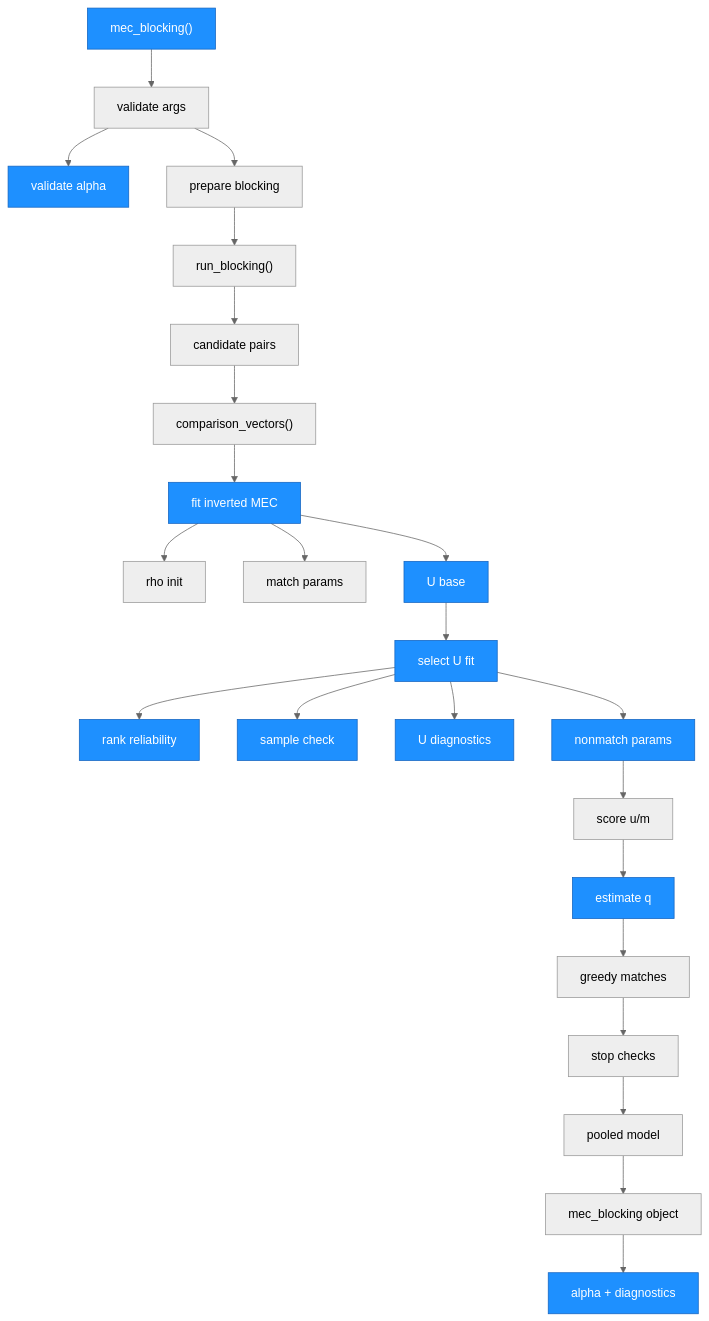
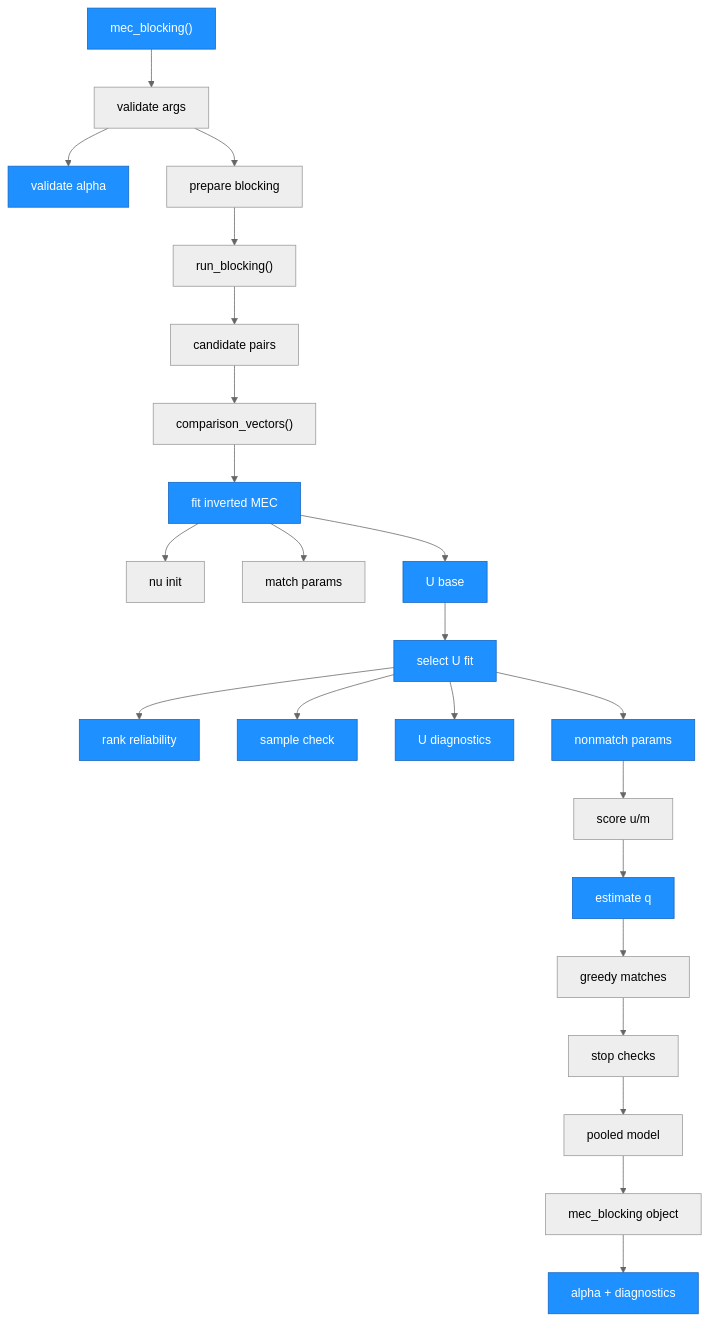
One commit to ncn-foreigners/automatedRecLin changed the second of 3 diagrams in ARCHITECTURE.md. Above: the diagram before and after it, drawn with Mermaid. The commit also changed other lines of this file and 7 other files, not shown here.

````diff
--- a/ARCHITECTURE.md
+++ b/ARCHITECTURE.md
@@ -112,39 +112,39 @@
 ```mermaid
 %%{init: {'theme': 'neutral'}}%%
 graph TD
     MB["mec_blocking()"]
     MB --> VAL["validate args"]
     VAL --> VALA["validate alpha"]
     VAL --> BLOCKIN["prepare blocking"]
     BLOCKIN --> RUNB["run_blocking()"]
     RUNB --> PAIRS["candidate pairs"]
     PAIRS --> CVF["comparison_vectors()"]
     CVF --> FITINV["fit inverted MEC"]
-    FITINV --> INIT["rho init"]
+    FITINV --> INIT["nu init"]
     FITINV --> MP["match params"]
     FITINV --> BASE["U base"]
     BASE --> USEL["select U fit"]
     USEL --> RANK["rank reliability"]
     USEL --> SUFF["sample check"]
     USEL --> UDIAG["U diagnostics"]
     USEL --> UP["nonmatch params"]
     UP --> SC["score u/m"]
     SC --> QEST["estimate q"]
     QEST --> SELM["greedy matches"]
     SELM --> STOP["stop checks"]
     STOP --> MODEL["pooled model"]
     MODEL --> RET["mec_blocking object"]
     RET --> DOCRET["alpha + diagnostics"]
 
     style MB fill:#1e90ff,stroke:#1565c0,color:#fff
     style VALA fill:#1e90ff,stroke:#1565c0,color:#fff
     style FITINV fill:#1e90ff,stroke:#1565c0,color:#fff
     style BASE fill:#1e90ff,stroke:#1565c0,color:#fff
     style USEL fill:#1e90ff,stroke:#1565c0,color:#fff
     style RANK fill:#1e90ff,stroke:#1565c0,color:#fff
     style SUFF fill:#1e90ff,stroke:#1565c0,color:#fff
     style UDIAG fill:#1e90ff,stroke:#1565c0,color:#fff
     style UP fill:#1e90ff,stroke:#1565c0,color:#fff
     style QEST fill:#1e90ff,stroke:#1565c0,color:#fff
     style DOCRET fill:#1e90ff,stroke:#1565c0,color:#fff
 ```
````
